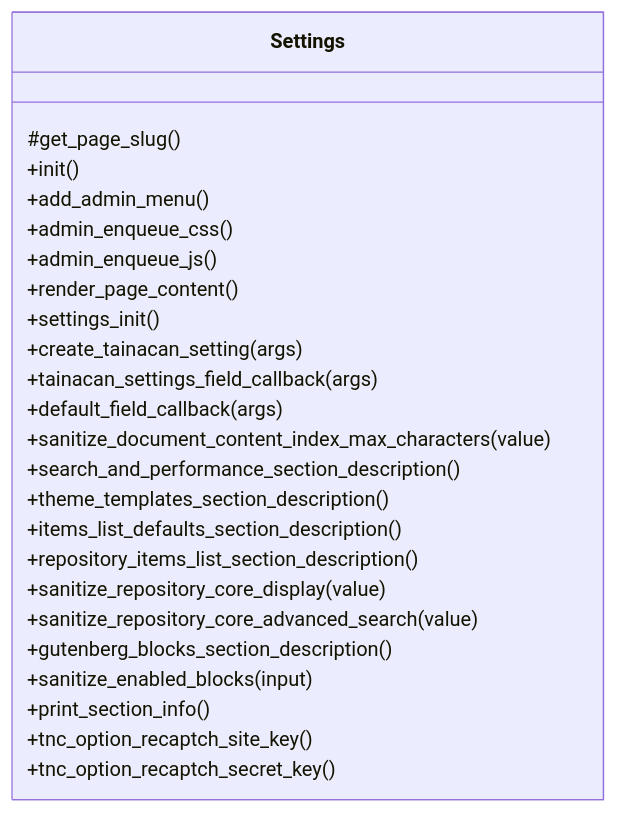
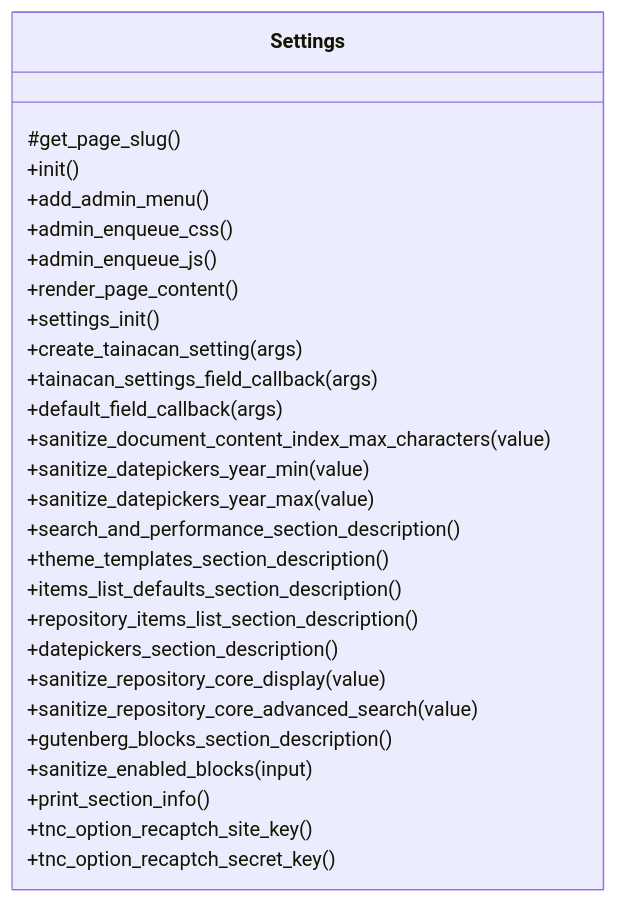
Before and after one commit to tainacan/tainacan: the diagram in docs/phpdoc/classes/Tainacan/Settings.mmd, drawn with Mermaid. The commit also changed 5 other files, not shown here.

```diff
--- a/docs/phpdoc/classes/Tainacan/Settings.mmd
+++ b/docs/phpdoc/classes/Tainacan/Settings.mmd
@@ -1,26 +1,29 @@
 classDiagram
     direction TB
     class Settings {
         #get_page_slug()
         +init()
         +add_admin_menu()
         +admin_enqueue_css()
         +admin_enqueue_js()
         +render_page_content()
         +settings_init()
         +create_tainacan_setting(args)
         +tainacan_settings_field_callback(args)
         +default_field_callback(args)
         +sanitize_document_content_index_max_characters(value)
+        +sanitize_datepickers_year_min(value)
+        +sanitize_datepickers_year_max(value)
         +search_and_performance_section_description()
         +theme_templates_section_description()
         +items_list_defaults_section_description()
         +repository_items_list_section_description()
+        +datepickers_section_description()
         +sanitize_repository_core_display(value)
         +sanitize_repository_core_advanced_search(value)
         +gutenberg_blocks_section_description()
         +sanitize_enabled_blocks(input)
         +print_section_info()
         +tnc_option_recaptch_site_key()
         +tnc_option_recaptch_secret_key()
     }
```
